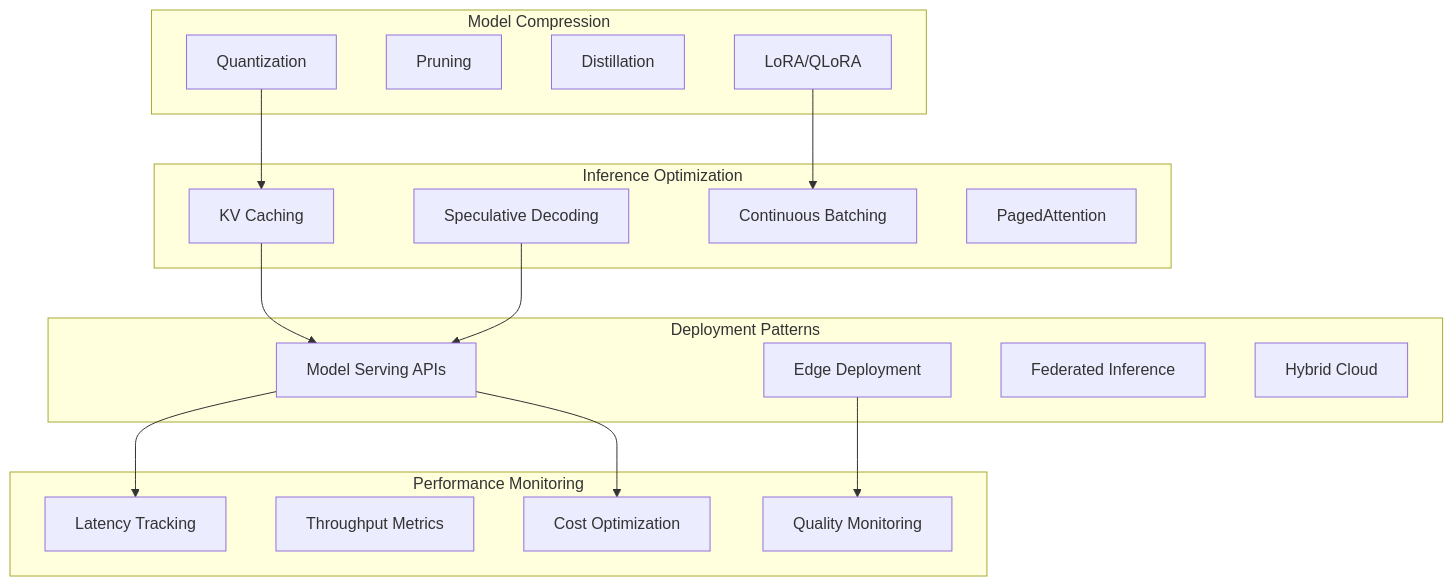
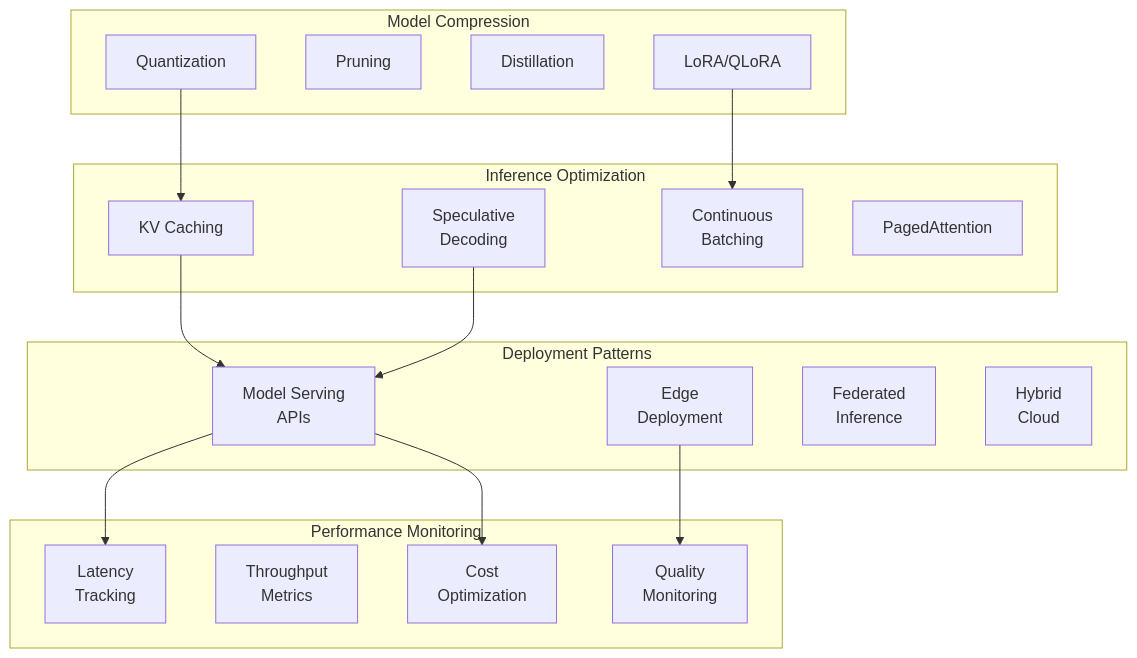
Before and after one commit to cassmastern/lers-sandbox: the third of 5 diagrams in docs/sec_freeform/gen-ai-landscape-primer.md, drawn with Mermaid. The commit also changed other lines of this file and 140 other files, not shown here.

````diff
--- a/docs/sec_freeform/gen-ai-landscape-primer.md
+++ b/docs/sec_freeform/gen-ai-landscape-primer.md
@@ -128,38 +128,38 @@
 ```mermaid
 flowchart TB
   subgraph Model_Compression["Model Compression"]
     QUANT["Quantization"]
     PRUNE["Pruning"]
     DISTILL["Distillation"]
     LORA["LoRA/QLoRA"]
   end
 
   subgraph Inference_Optimization["Inference Optimization"]
     KV["KV Caching"]
-    SPEC["Speculative Decoding"]
-    CB["Continuous Batching"]
+    SPEC["Speculative<br> Decoding"]
+    CB["Continuous<br> Batching"]
     PA["PagedAttention"]
   end
 
   subgraph Deployment_Patterns["Deployment Patterns"]
-    API["Model Serving APIs"]
-    EDGE["Edge Deployment"]
-    FED["Federated Inference"]
-    HYBRID["Hybrid Cloud"]
+    API["Model Serving<br> APIs"]
+    EDGE["Edge<br> Deployment"]
+    FED["Federated<br> Inference"]
+    HYBRID["Hybrid<br> Cloud"]
   end
 
   subgraph Performance_Monitoring["Performance Monitoring"]
-    LAT["Latency Tracking"]
-    THRU["Throughput Metrics"]
-    COST["Cost Optimization"]
-    QUAL["Quality Monitoring"]
+    LAT["Latency<br> Tracking"]
+    THRU["Throughput<br> Metrics"]
+    COST["Cost<br> Optimization"]
+    QUAL["Quality<br> Monitoring"]
   end
 
   QUANT --> KV
   LORA --> CB
   KV --> API
   SPEC --> API
   API --> LAT
   API --> COST
   EDGE --> QUAL
 ```
````
